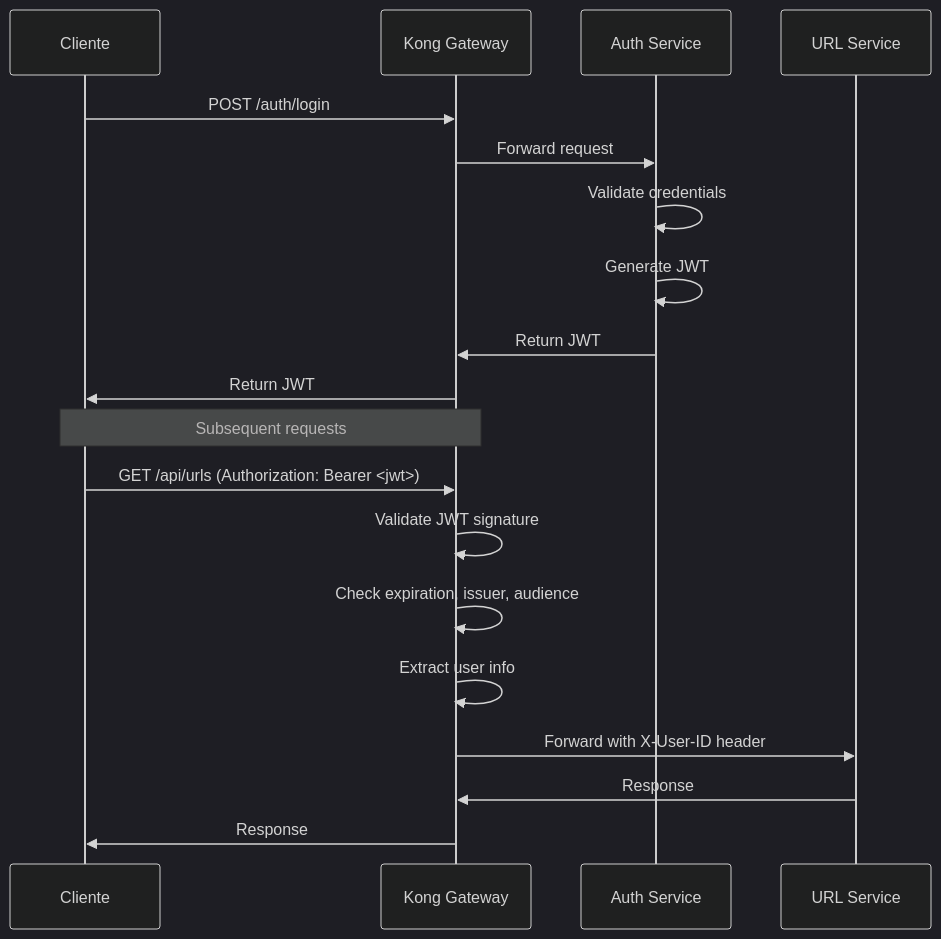
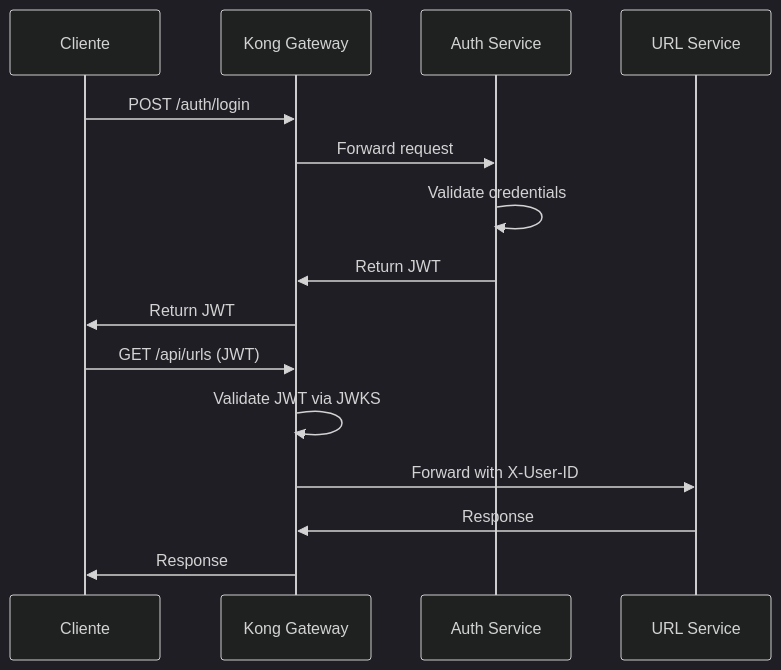
The second of 2 diagrams in docs/04-api-gateway.md (rocketseat-education/ftr-fundamentos-microsservicos), drawn with Mermaid (dark theme) before and after one commit. The commit also changed other lines of this file and 6 other files, not shown here.

````diff
--- a/docs/04-api-gateway.md
+++ b/docs/04-api-gateway.md
@@ -320,23 +70,19 @@
 ```mermaid
 sequenceDiagram
     participant C as Cliente
     participant K as Kong Gateway
     participant A as Auth Service
     participant U as URL Service
     
     C->>K: POST /auth/login
     K->>A: Forward request
     A->>A: Validate credentials
-    A->>A: Generate JWT
     A->>K: Return JWT
     K->>C: Return JWT
     
-    Note over C,K: Subsequent requests
-    C->>K: GET /api/urls (Authorization: Bearer <jwt>)
-    K->>K: Validate JWT signature
-    K->>K: Check expiration, issuer, audience
-    K->>K: Extract user info
-    K->>U: Forward with X-User-ID header
+    C->>K: GET /api/urls (JWT)
+    K->>K: Validate JWT via JWKS
+    K->>U: Forward with X-User-ID
     U->>K: Response
     K->>C: Response
 ```
````
